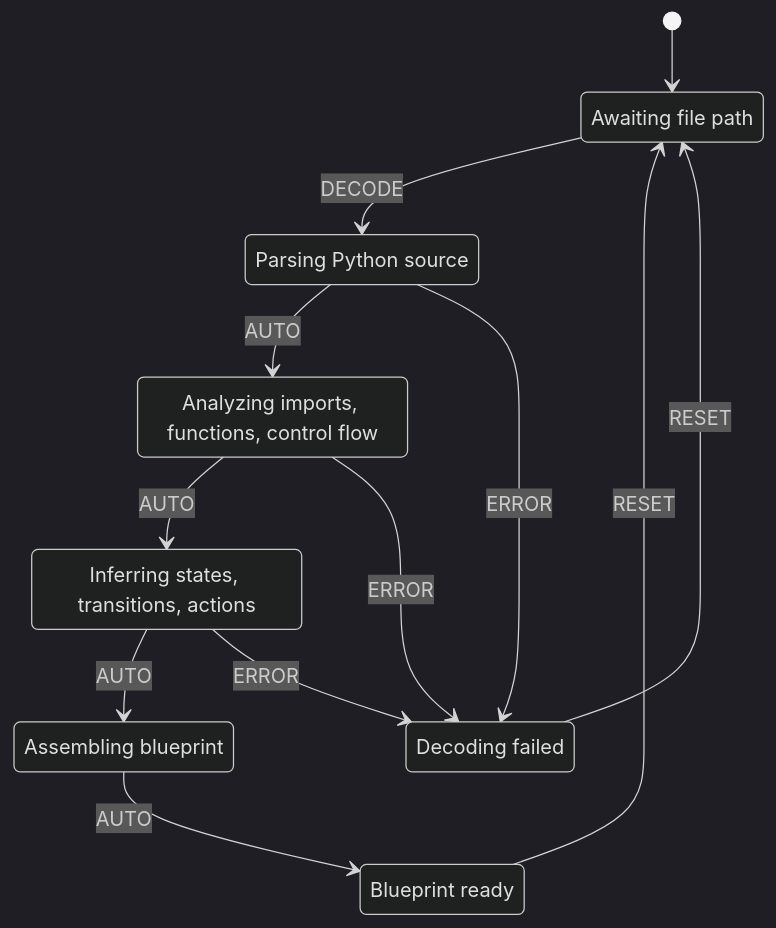
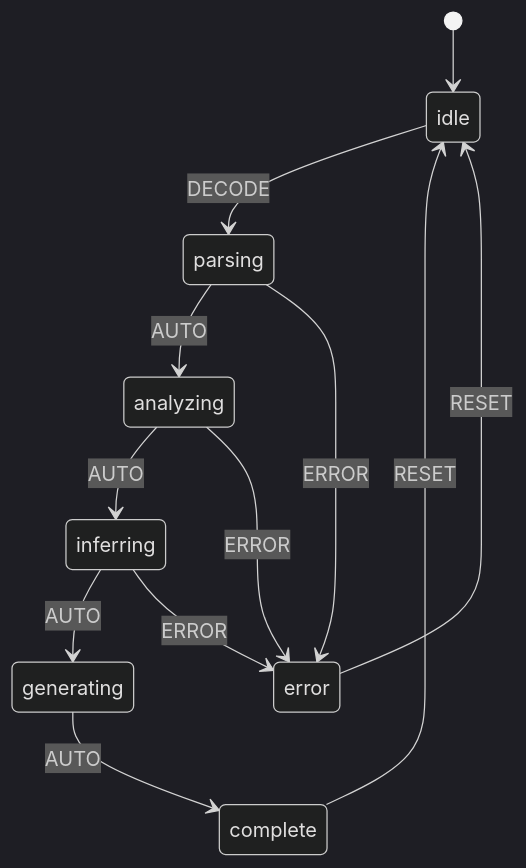
The diagram in utils/logic_decoder/README.md (rhCat/lpp), drawn with Mermaid (dark theme) before and after one commit. The commit also changed 136 other files, not shown here.

Commit message:
feat: more detail graph

````diff
--- a/utils/logic_decoder/README.md
+++ b/utils/logic_decoder/README.md
@@ -19,23 +19,15 @@
 ```mermaid
 stateDiagram-v2
+    %% L++ State Diagram: Python Logic Decoder
     [*] --> idle
-
-    idle: Awaiting file path
-    parsing: Parsing Python source
-    analyzing: Analyzing imports, functions, control flow
-    inferring: Inferring states, transitions, actions
-    generating: Assembling blueprint
-    complete: Blueprint ready
-    error: Decoding failed
-
-    idle --> parsing: DECODE
-    parsing --> analyzing: AUTO
-    analyzing --> inferring: AUTO
-    inferring --> generating: AUTO
-    generating --> complete: AUTO
-    parsing --> error: ERROR
-    analyzing --> error: ERROR
-    inferring --> error: ERROR
-    complete --> idle: RESET
-    error --> idle: RESET
+    idle --> parsing : DECODE
+    parsing --> analyzing : AUTO
+    analyzing --> inferring : AUTO
+    inferring --> generating : AUTO
+    generating --> complete : AUTO
+    parsing --> error : ERROR
+    analyzing --> error : ERROR
+    inferring --> error : ERROR
+    complete --> idle : RESET
+    error --> idle : RESET
 ```
````
